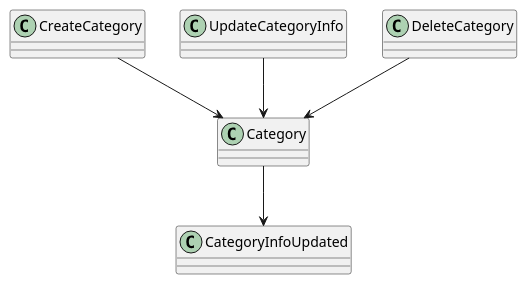
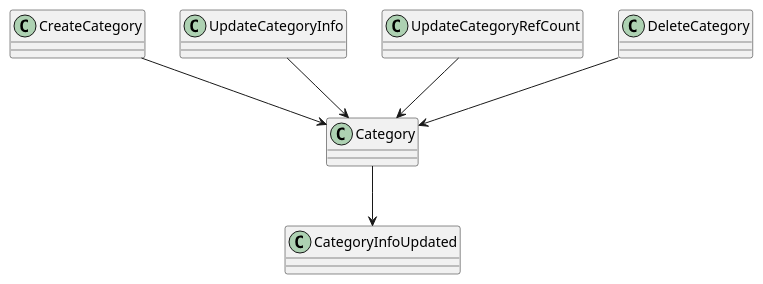
The diagram in design/domain/category/relationCDE.puml (LDmoxeii/only4-KSP-cap4j), drawn with PlantUML before and after one commit. The commit also changed 10 other files, not shown here.

```diff
--- a/design/domain/category/relationCDE.puml
+++ b/design/domain/category/relationCDE.puml
@@ -1,7 +1,8 @@
 @startuml
-CreateCategory      -down-> Category
-UpdateCategoryInfo  -down-> Category
-DeleteCategory      -down-> Category
+CreateCategory          -down-> Category
+UpdateCategoryInfo      -down-> Category
+UpdateCategoryRefCount  -down-> Category
+DeleteCategory          -down-> Category
 
 Category -down-> CategoryInfoUpdated
 @enduml
```
